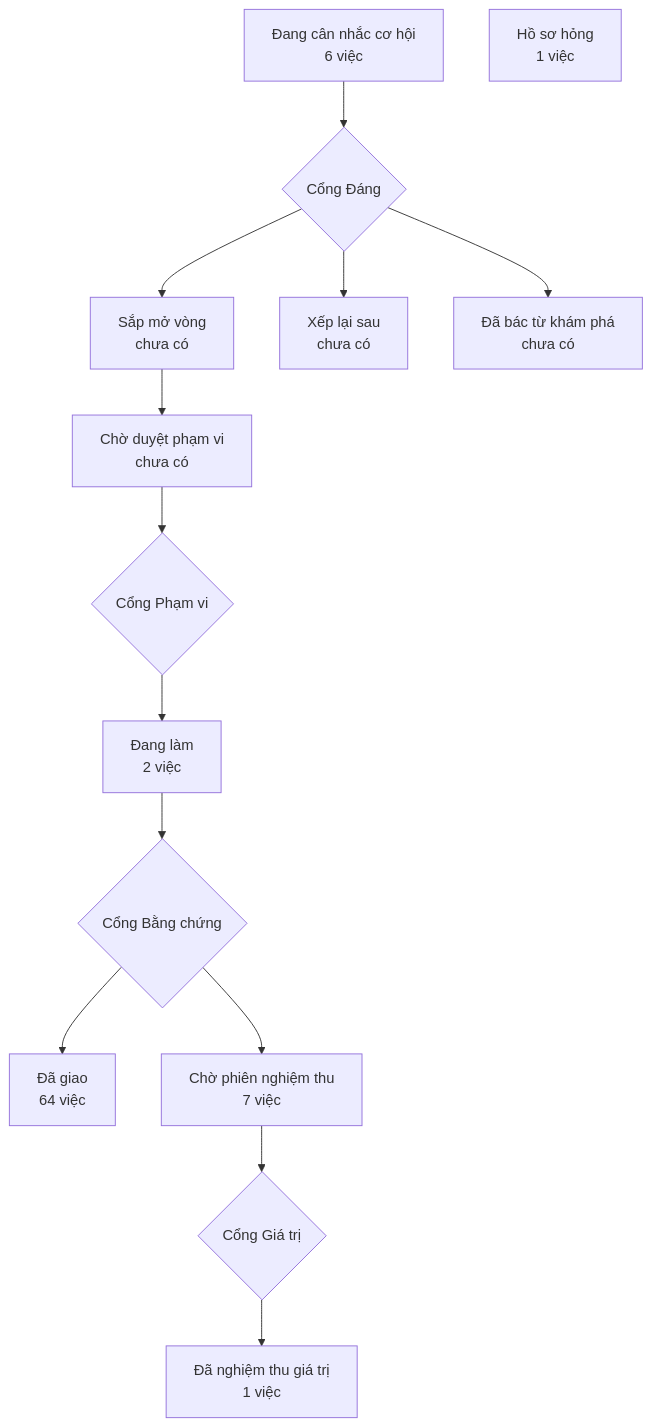
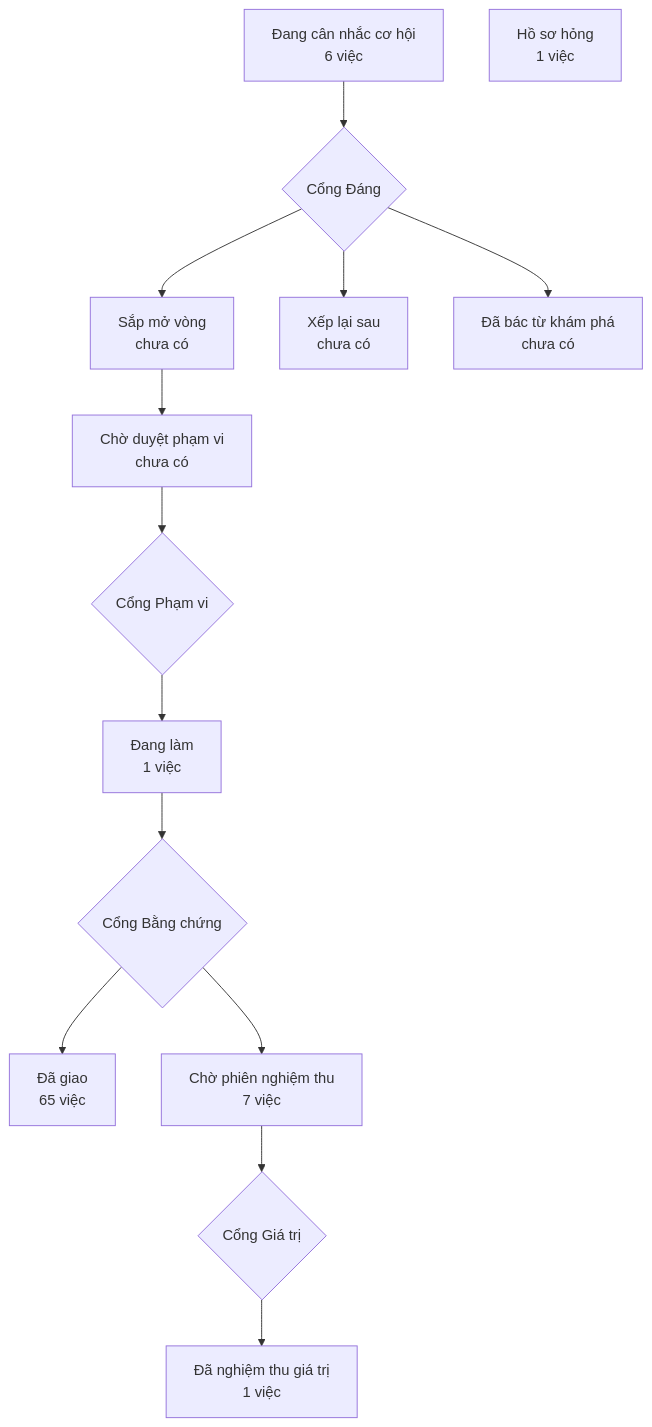
The diagram in PRODUCT-MAP.md (phanlemanh/crm-onehub), drawn with Mermaid before and after one commit. The commit also changed 3 other files, not shown here.

````diff
--- a/PRODUCT-MAP.md
+++ b/PRODUCT-MAP.md
@@ -6,13 +6,13 @@
 ```mermaid
 flowchart TD
   A["Đang cân nhắc cơ hội<br/>6 việc"] --> GD{"Cổng Đáng"}
   GD --> B["Sắp mở vòng<br/>chưa có"]
   GD --> XL["Xếp lại sau<br/>chưa có"]
   GD --> DB["Đã bác từ khám phá<br/>chưa có"]
   B --> CD["Chờ duyệt phạm vi<br/>chưa có"] --> GP{"Cổng Phạm vi"}
-  GP --> DL["Đang làm<br/>2 việc"] --> GB{"Cổng Bằng chứng"}
-  GB --> DG["Đã giao<br/>64 việc"]
+  GP --> DL["Đang làm<br/>1 việc"] --> GB{"Cổng Bằng chứng"}
+  GB --> DG["Đã giao<br/>65 việc"]
   GB --> CN["Chờ phiên nghiệm thu<br/>7 việc"] --> GG{"Cổng Giá trị"}
   GG --> NT["Đã nghiệm thu giá trị<br/>1 việc"]
   HS["Hồ sơ hỏng<br/>1 việc"]
 ```
````
